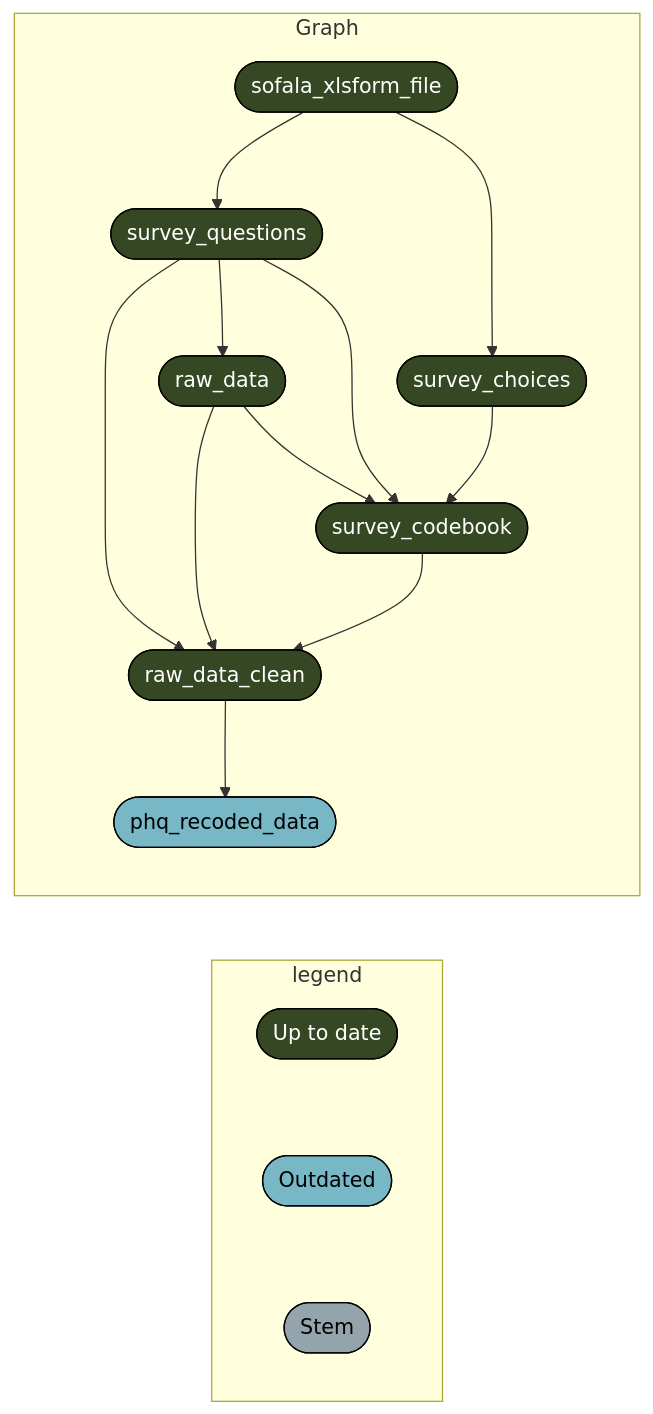
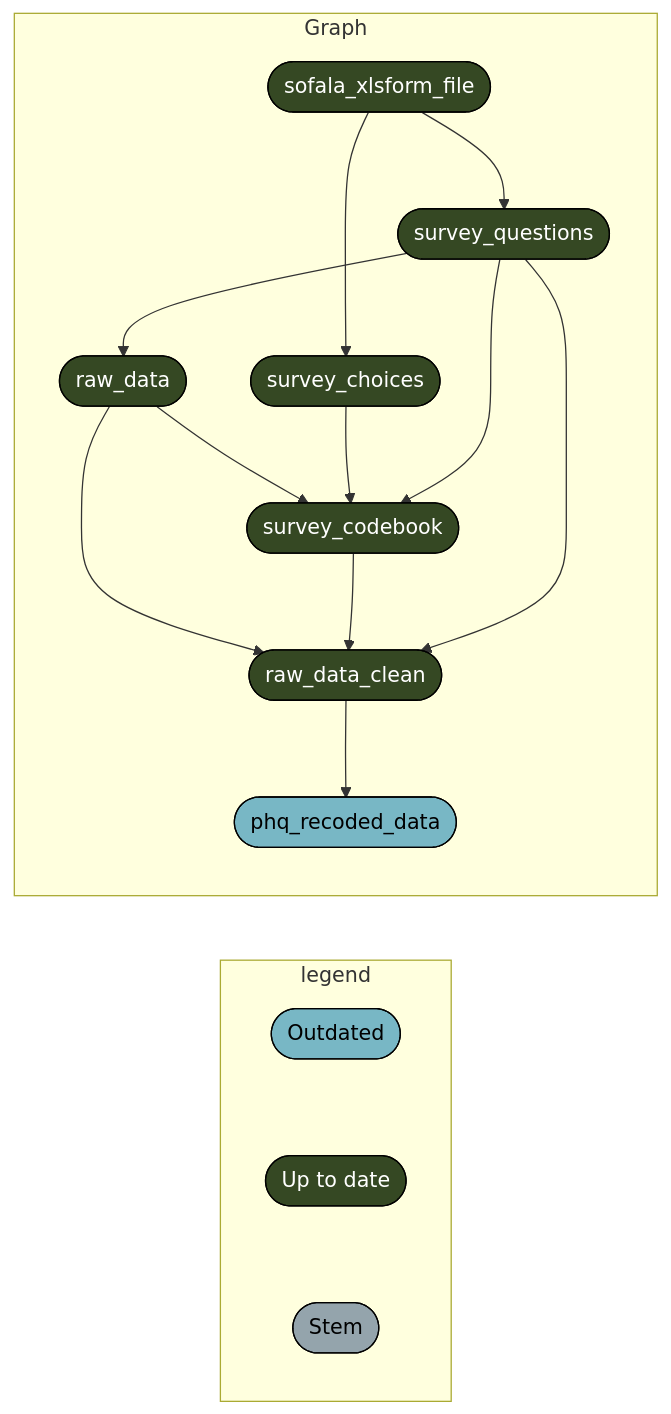
One commit to katilingban/mozambique-s3m changed the third of 15 diagrams in README.md. Above: the diagram before and after it, drawn with Mermaid. The commit also changed other lines of this file and 1 other file, not shown here.

````diff
--- a/README.md
+++ b/README.md
@@ -95,24 +100,24 @@
 ``` mermaid
 graph LR
   subgraph legend
-    x7420bd9270f8d27d([""Up to date""]):::uptodate --- x0a52b03877696646([""Outdated""]):::outdated
-    x0a52b03877696646([""Outdated""]):::outdated --- xbf4603d6c2c2ad6b([""Stem""]):::none
+    x0a52b03877696646([""Outdated""]):::outdated --- x7420bd9270f8d27d([""Up to date""]):::uptodate
+    x7420bd9270f8d27d([""Up to date""]):::uptodate --- xbf4603d6c2c2ad6b([""Stem""]):::none
   end
   subgraph Graph
-    x136e4e85e6851637(["raw_data"]):::uptodate --> x09e58614f2343db8(["raw_data_clean"]):::uptodate
-    xfcfc1959dbba8ed3(["survey_codebook"]):::uptodate --> x09e58614f2343db8(["raw_data_clean"]):::uptodate
-    x0c65864d89dfd824(["survey_questions"]):::uptodate --> x09e58614f2343db8(["raw_data_clean"]):::uptodate
-    x0c65864d89dfd824(["survey_questions"]):::uptodate --> x136e4e85e6851637(["raw_data"]):::uptodate
     x52eeb21c389d52d8(["sofala_xlsform_file"]):::uptodate --> x0c65864d89dfd824(["survey_questions"]):::uptodate
     x136e4e85e6851637(["raw_data"]):::uptodate --> xfcfc1959dbba8ed3(["survey_codebook"]):::uptodate
     x5aed27afbde18e19(["survey_choices"]):::uptodate --> xfcfc1959dbba8ed3(["survey_codebook"]):::uptodate
     x0c65864d89dfd824(["survey_questions"]):::uptodate --> xfcfc1959dbba8ed3(["survey_codebook"]):::uptodate
+    x136e4e85e6851637(["raw_data"]):::uptodate --> x09e58614f2343db8(["raw_data_clean"]):::uptodate
+    xfcfc1959dbba8ed3(["survey_codebook"]):::uptodate --> x09e58614f2343db8(["raw_data_clean"]):::uptodate
+    x0c65864d89dfd824(["survey_questions"]):::uptodate --> x09e58614f2343db8(["raw_data_clean"]):::uptodate
     x09e58614f2343db8(["raw_data_clean"]):::uptodate --> xfbe1be7fbc5dc84a(["phq_recoded_data"]):::outdated
     x52eeb21c389d52d8(["sofala_xlsform_file"]):::uptodate --> x5aed27afbde18e19(["survey_choices"]):::uptodate
+    x0c65864d89dfd824(["survey_questions"]):::uptodate --> x136e4e85e6851637(["raw_data"]):::uptodate
   end
+  classDef outdated stroke:#000000,color:#000000,fill:#78B7C5;
   classDef uptodate stroke:#000000,color:#ffffff,fill:#354823;
-  classDef outdated stroke:#000000,color:#000000,fill:#78B7C5;
   classDef none stroke:#000000,color:#000000,fill:#94a4ac;
   linkStyle 0 stroke-width:0px;
   linkStyle 1 stroke-width:0px;
 ```
````
